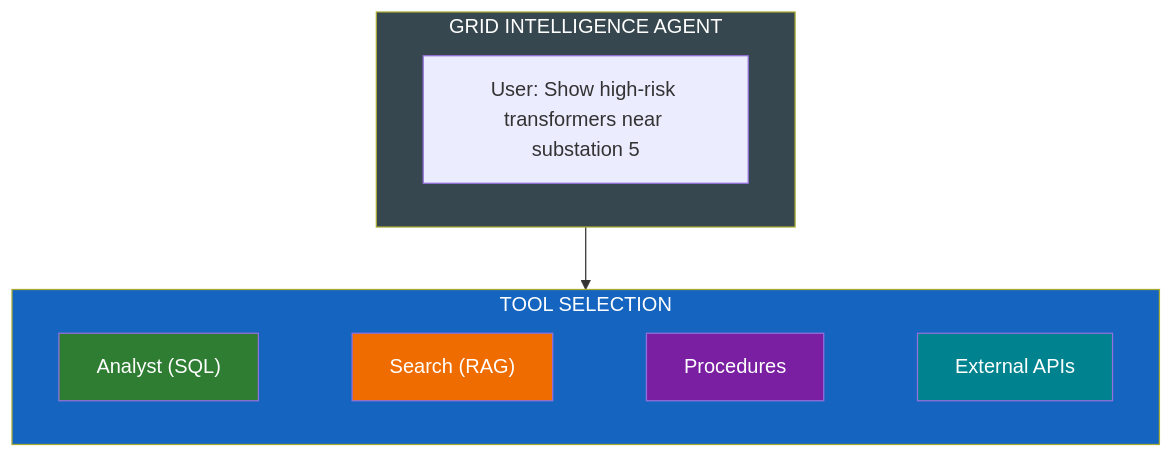
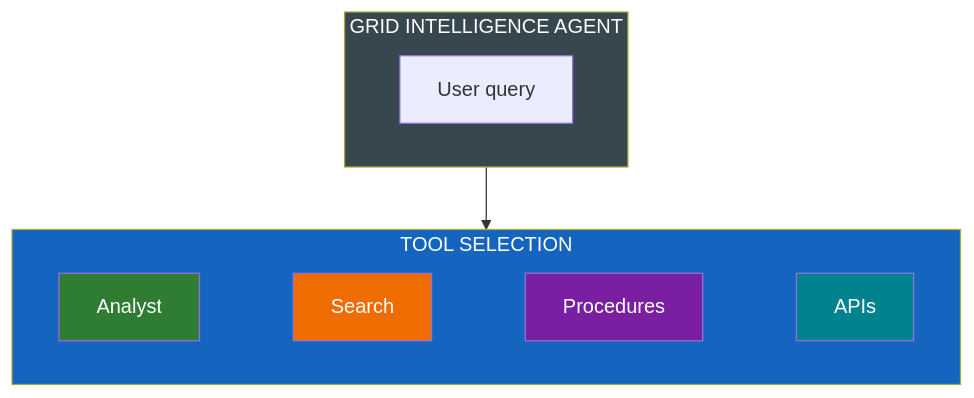
The second of 3 diagrams in docs/AI_ARCHITECTURE.md (sfc-gh-abannerjee/flux-utility-solutions), drawn with Mermaid before and after one commit.

Commit message:
Fix truncation in Cortex Agent diagram
- Shorten node labels to prevent text cutoff
- Keep detailed examples in the table below the diagram

.... Generated with [Cortex Code](https://docs.snowflake.com/user-guide/snowflake-cortex/cortex-agents)

````diff
--- a/docs/AI_ARCHITECTURE.md
+++ b/docs/AI_ARCHITECTURE.md
@@ -62,19 +62,19 @@
 ```mermaid
 flowchart TB
     subgraph Agent["GRID INTELLIGENCE AGENT"]
-        USER["User: Show high-risk transformers near substation 5"]
+        USER["User query"]
     end
     
     subgraph Tools["TOOL SELECTION"]
-        ANA["Analyst (SQL)"] ~~~ SRC["Search (RAG)"] ~~~ PRO["Procedures"] ~~~ EXT["External APIs"]
+        ANA["Analyst"] ~~~ SRC["Search"] ~~~ PRO["Procedures"] ~~~ EXT["APIs"]
     end
     
     Agent --> Tools
     
     style Agent fill:#37474f,color:#fff
     style Tools fill:#1565c0,color:#fff
     style ANA fill:#2e7d32,color:#fff
     style SRC fill:#ef6c00,color:#fff
     style PRO fill:#7b1fa2,color:#fff
     style EXT fill:#00838f,color:#fff
 ```
````
